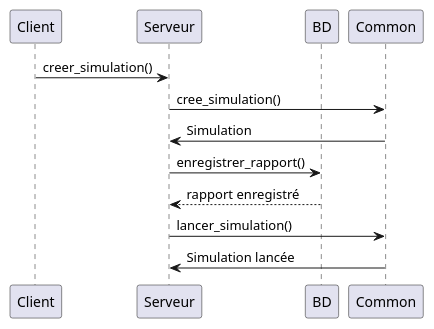
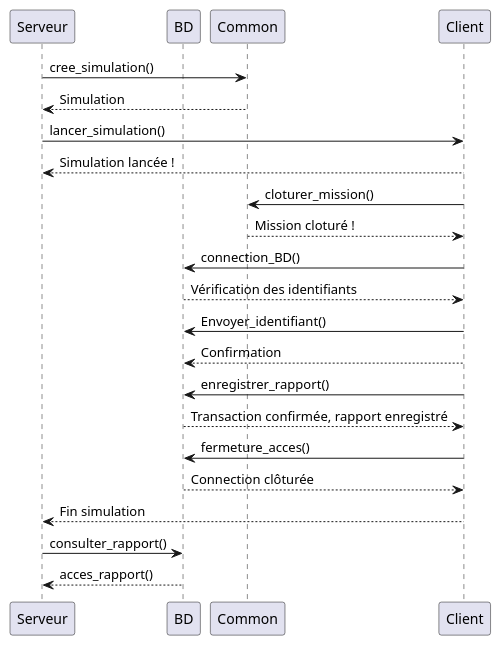
Before and after one commit to iDevelopp/I62Projet: the diagram in Diagramme/Axe dynamique (diag de seq)/InteractionServeur.plantuml, drawn with PlantUML.

Commit message:
Update InteractionServeur.plantuml
maj

```diff
--- a/Diagramme/Axe dynamique (diag de seq)/InteractionServeur.plantuml
+++ b/Diagramme/Axe dynamique (diag de seq)/InteractionServeur.plantuml
@@ -1,16 +1,36 @@
 @startuml
 
 participant Client
 participant Serveur
 participant BD
 participant Common
+participant Client
 
-Client -> Serveur: creer_simulation()
 Serveur -> Common: cree_simulation()
-Common -> Serveur: Simulation
-Serveur -> BD: enregistrer_rapport()
-BD --> Serveur: rapport enregistré
-Serveur -> Common: lancer_simulation()
-Common -> Serveur: Simulation lancée
+Common --> Serveur: Simulation
+
+
+Serveur -> Client: lancer_simulation()
+Client --> Serveur: Simulation lancée !
+
+Client -> Common : cloturer_mission()
+Common --> Client : Mission cloturé !
+
+
+
+
+Client -> BD: connection_BD()
+BD --> Client: Vérification des identifiants
+Client -> BD: Envoyer_identifiant()
+Client --> BD: Confirmation
+Client -> BD: enregistrer_rapport()
+BD --> Client: Transaction confirmée, rapport enregistré
+Client -> BD: fermeture_acces()
+BD --> Client: Connection clôturée
+Client-->Serveur : Fin simulation
+
+Serveur -> BD: consulter_rapport()
+BD --> Serveur: acces_rapport()
+
 
 @enduml
```
